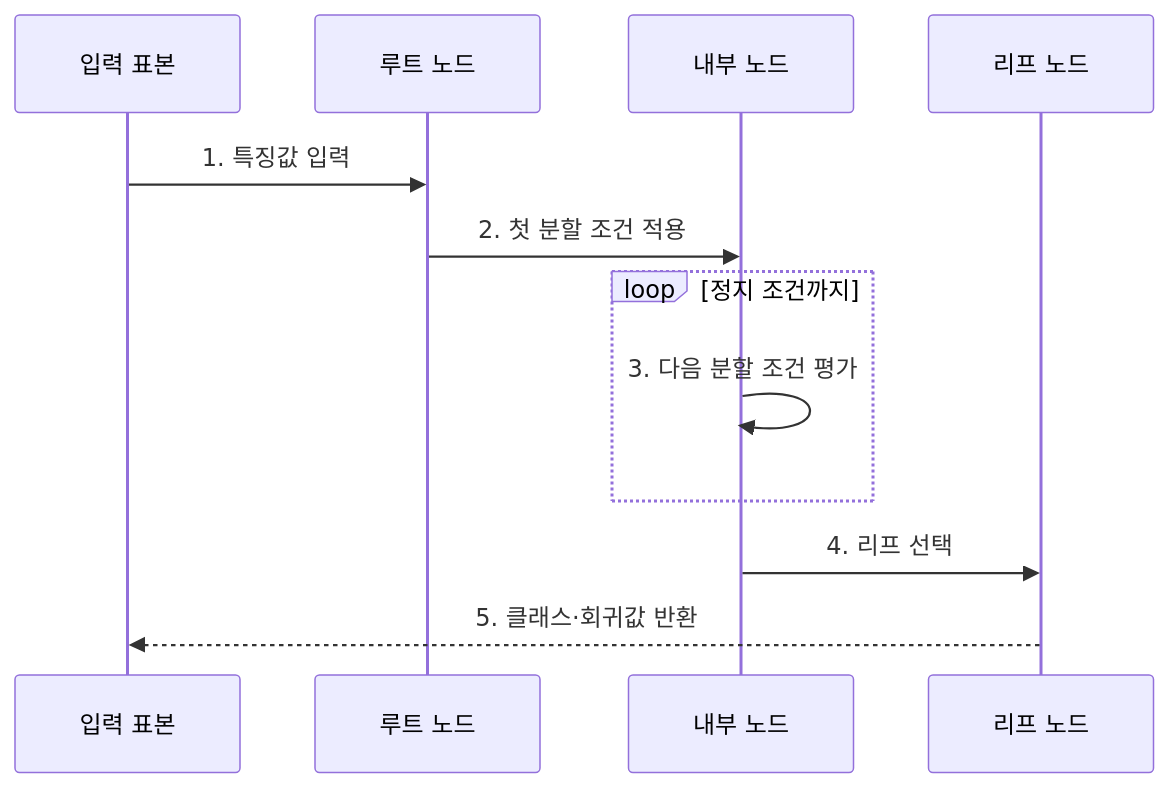
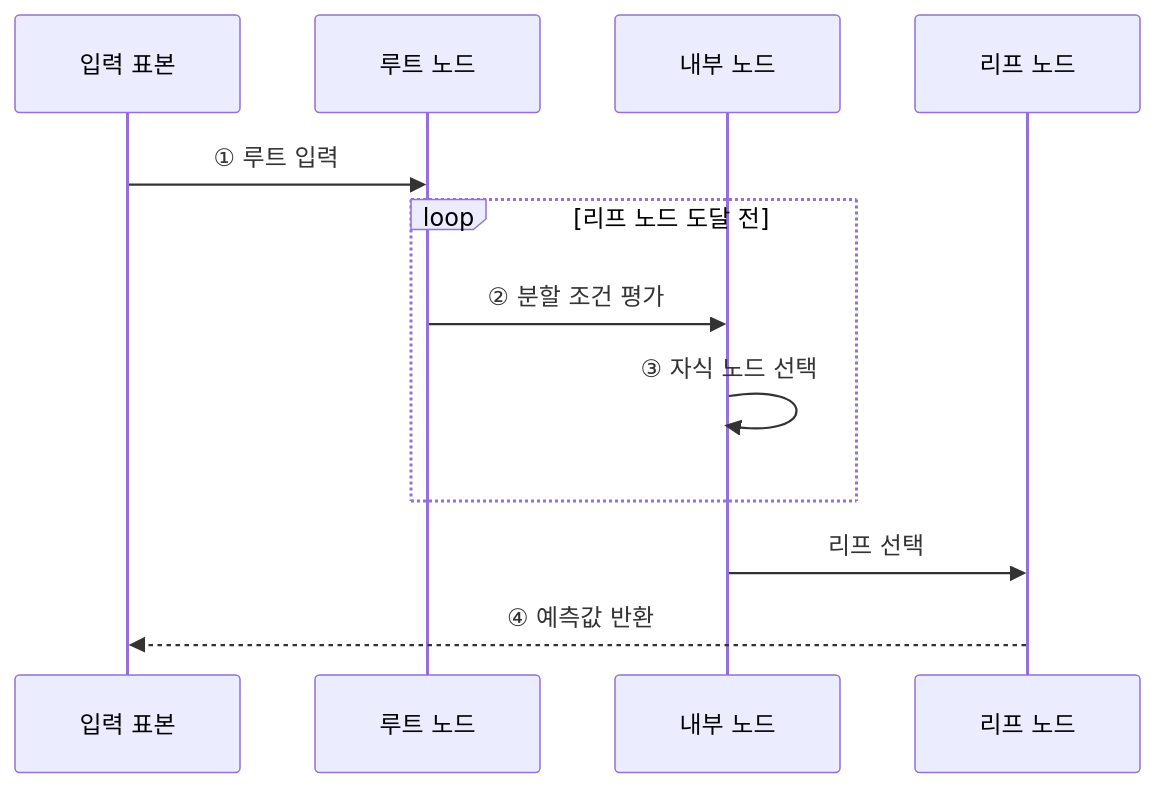
One commit to agnusdei1207/knowledge-base changed the third of 3 diagrams in src/content/docs/notes/01-basic-theory/049_decision_tree.md. Above: the diagram before and after it, drawn with Mermaid. The commit also changed other lines of this file and 22 other files, not shown here.

````diff
--- a/src/content/docs/notes/01-basic-theory/049_decision_tree.md
+++ b/src/content/docs/notes/01-basic-theory/049_decision_tree.md
@@ -69,14 +87,14 @@
 ```mermaid
 sequenceDiagram
     participant X as 입력 표본
     participant R as 루트 노드
     participant N as 내부 노드
     participant L as 리프 노드
-    X->>R: 1. 특징값 입력
-    R->>N: 2. 첫 분할 조건 적용
-    loop 정지 조건까지
-        N->>N: 3. 다음 분할 조건 평가
+    X->>R: ① 루트 입력
+    loop 리프 노드 도달 전
+        R->>N: ② 분할 조건 평가
+        N->>N: ③ 자식 노드 선택
     end
-    N->>L: 4. 리프 선택
-    L-->>X: 5. 클래스·회귀값 반환
+    N->>L: 리프 선택
+    L-->>X: ④ 예측값 반환
 ```
````
